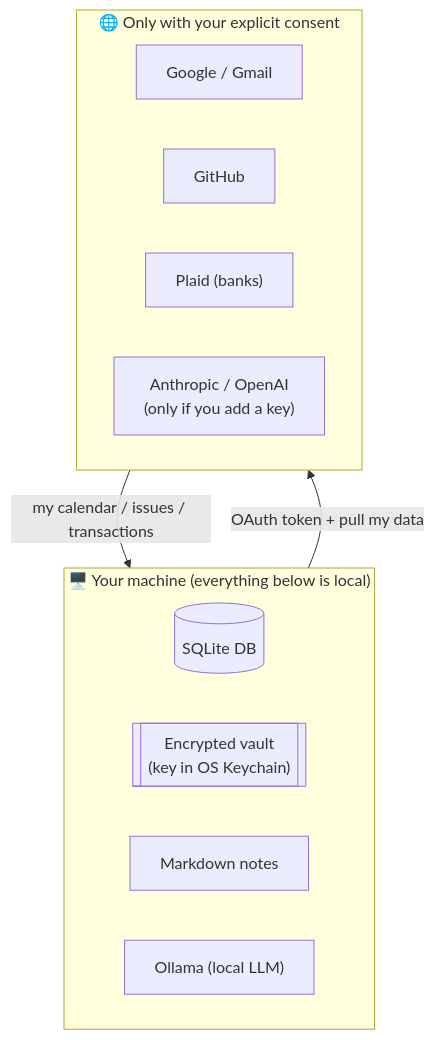
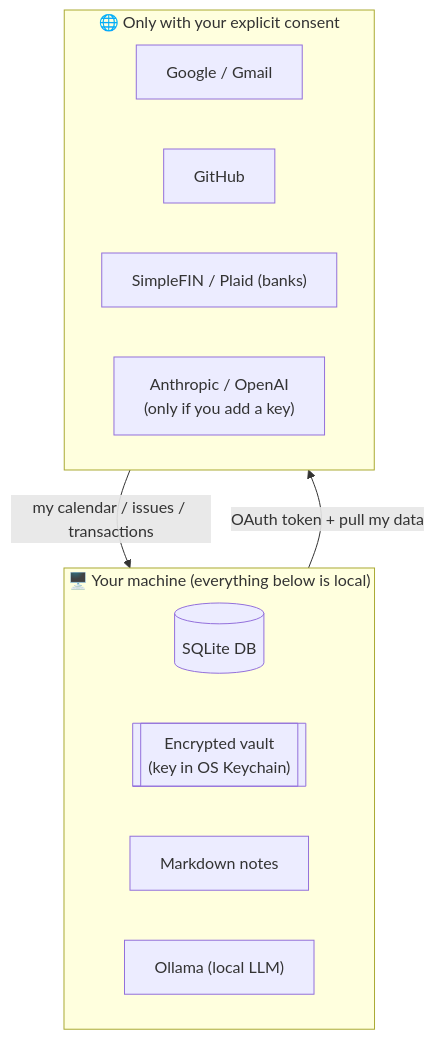
One commit to sandgraal/compass changed the second of 3 diagrams in README.md. Above: the diagram before and after it, drawn with Mermaid. The commit also changed other lines of this file and 11 other files, not shown here.

First line of the commit message:
chore: audit-and-fix — prune dead deps, kill doc drift, fix misleading Timeline filters (#226)

````diff
--- a/README.md
+++ b/README.md
@@ -108,17 +110,17 @@
 ```mermaid
 flowchart TB
   subgraph device["🖥️ Your machine (everything below is local)"]
     sqlite[("SQLite DB")]
     vault[["Encrypted vault\n(key in OS Keychain)"]]
     notes["Markdown notes"]
     ollama["Ollama (local LLM)"]
   end
   subgraph net["🌐 Only with your explicit consent"]
     g["Google / Gmail"]
     gh["GitHub"]
-    plaid["Plaid (banks)"]
+    fin["SimpleFIN / Plaid (banks)"]
     llm["Anthropic / OpenAI\n(only if you add a key)"]
   end
   device -->|"OAuth token + pull my data"| net
   net -->|"my calendar / issues / transactions"| device
 ```
````
